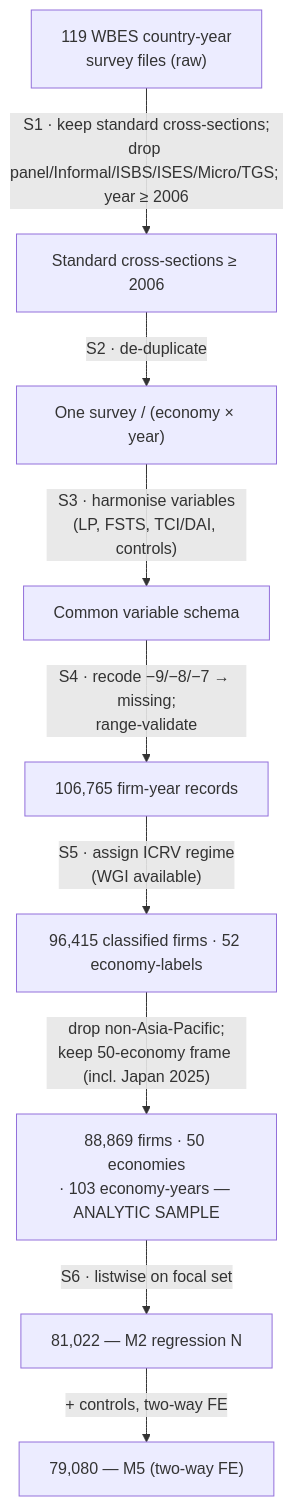
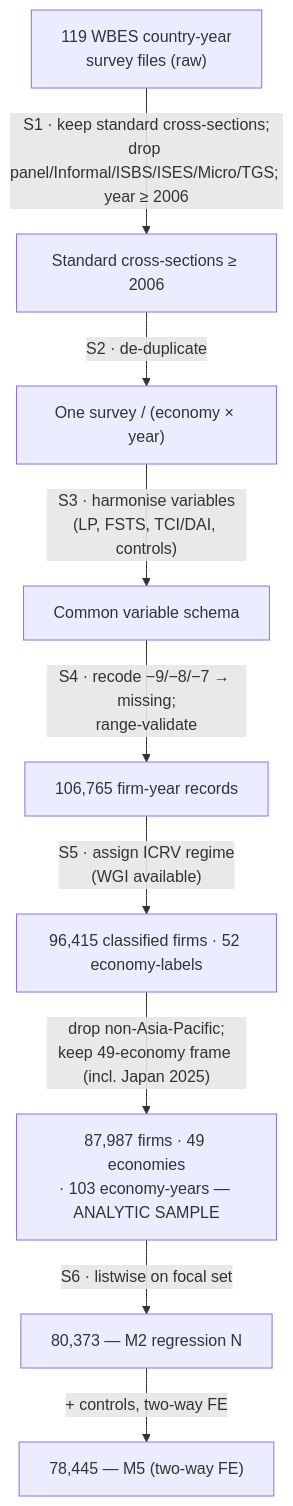
Before and after one commit to thuyhuongctu-cell/my_thesis_phd_candidate_26: the diagram in thesis/appendix_A_data_harmonisation_en.md, drawn with Mermaid. The commit also changed other lines of this file and 35 other files, not shown here.

````diff
--- a/thesis/appendix_A_data_harmonisation_en.md
+++ b/thesis/appendix_A_data_harmonisation_en.md
@@ -65,11 +65,11 @@
 ```mermaid
 flowchart TD
     A["119 WBES country-year<br/>survey files (raw)"] -->|"S1 · keep standard cross-sections;<br/>drop panel/Informal/ISBS/ISES/Micro/TGS; year ≥ 2006"| B["Standard cross-sections ≥ 2006"]
     B -->|"S2 · de-duplicate"| C["One survey / (economy × year)"]
     C -->|"S3 · harmonise variables<br/>(LP, FSTS, TCI/DAI, controls)"| D["Common variable schema"]
     D -->|"S4 · recode −9/−8/−7 → missing;<br/>range-validate"| E["106,765 firm-year records"]
     E -->|"S5 · assign ICRV regime<br/>(WGI available)"| F["96,415 classified firms · 52 economy-labels"]
-    F -->|"drop non-Asia-Pacific;<br/>keep 50-economy frame (incl. Japan 2025)"| G["88,869 firms · 50 economies<br/>· 103 economy-years — ANALYTIC SAMPLE"]
-    G -->|"S6 · listwise on focal set"| H["81,022 — M2 regression N"]
-    H -->|"+ controls, two-way FE"| I["79,080 — M5 (two-way FE)"]
+    F -->|"drop non-Asia-Pacific;<br/>keep 49-economy frame (incl. Japan 2025)"| G["87,987 firms · 49 economies<br/>· 103 economy-years — ANALYTIC SAMPLE"]
+    G -->|"S6 · listwise on focal set"| H["80,373 — M2 regression N"]
+    H -->|"+ controls, two-way FE"| I["78,445 — M5 (two-way FE)"]
 ```
````
